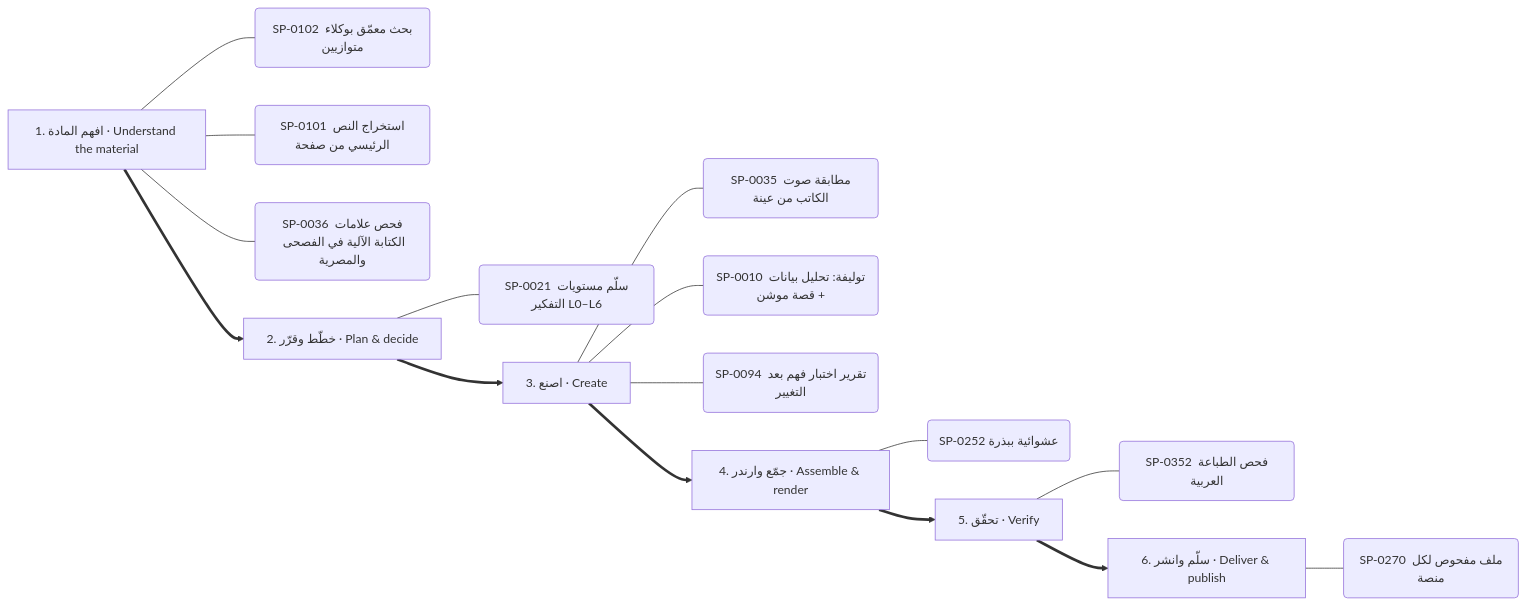
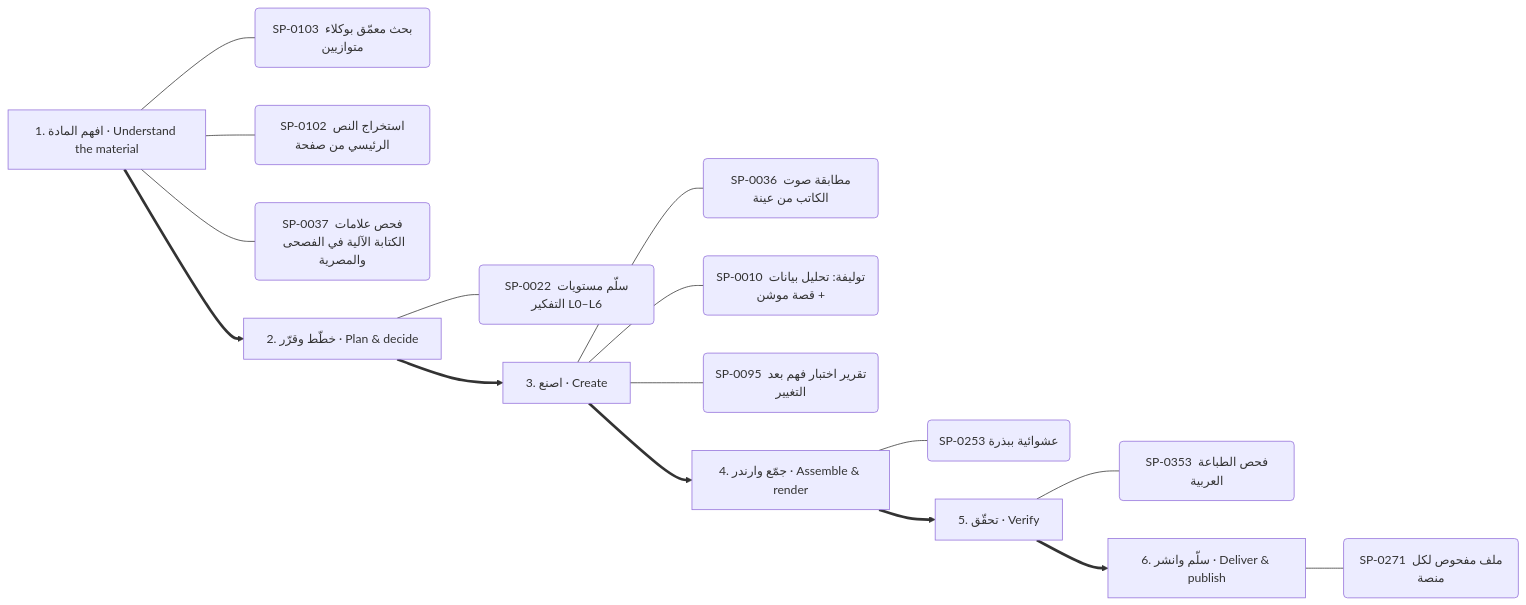
Diagram 13 of 13 in .claude/skills/kosif-superpowers/references/capability-mindmap.md (kosif199022-jpg/kosif-tool), drawn with Mermaid before and after one commit. The commit also changed other lines of this file and 9 other files, not shown here.

First line of the commit message:
Rebuild the fused superpowers, hubs, mind map and owned-repos map

````diff
--- a/.claude/skills/kosif-superpowers/references/capability-mindmap.md
+++ b/.claude/skills/kosif-superpowers/references/capability-mindmap.md
@@ -637,24 +637,24 @@
 ```mermaid
 flowchart LR
   S0["1. افهم المادة · Understand the material"]
-  S0 --- S0_0("SP-0102 بحث معمّق بوكلاء متوازيين")
-  S0 --- S0_1("SP-0101 استخراج النص الرئيسي من صفحة")
-  S0 --- S0_2("SP-0036 فحص علامات الكتابة الآلية في الفصحى والمصرية")
+  S0 --- S0_0("SP-0103 بحث معمّق بوكلاء متوازيين")
+  S0 --- S0_1("SP-0102 استخراج النص الرئيسي من صفحة")
+  S0 --- S0_2("SP-0037 فحص علامات الكتابة الآلية في الفصحى والمصرية")
   S1["2. خطّط وقرّر · Plan & decide"]
-  S1 --- S1_0("SP-0021 سلّم مستويات التفكير L0–L6")
+  S1 --- S1_0("SP-0022 سلّم مستويات التفكير L0–L6")
   S0 ==> S1
   S2["3. اصنع · Create"]
-  S2 --- S2_0("SP-0035 مطابقة صوت الكاتب من عينة")
+  S2 --- S2_0("SP-0036 مطابقة صوت الكاتب من عينة")
   S2 --- S2_1("SP-0010 توليفة: تحليل بيانات + قصة موشن")
-  S2 --- S2_2("SP-0094 تقرير اختبار فهم بعد التغيير")
+  S2 --- S2_2("SP-0095 تقرير اختبار فهم بعد التغيير")
   S1 ==> S2
   S3["4. جمّع وارندر · Assemble & render"]
-  S3 --- S3_0("SP-0252 عشوائية ببذرة")
+  S3 --- S3_0("SP-0253 عشوائية ببذرة")
   S2 ==> S3
   S4["5. تحقّق · Verify"]
-  S4 --- S4_0("SP-0352 فحص الطباعة العربية")
+  S4 --- S4_0("SP-0353 فحص الطباعة العربية")
   S3 ==> S4
   S5["6. سلّم وانشر · Deliver & publish"]
-  S5 --- S5_0("SP-0270 ملف مفحوص لكل منصة")
+  S5 --- S5_0("SP-0271 ملف مفحوص لكل منصة")
   S4 ==> S5
 ```
````
